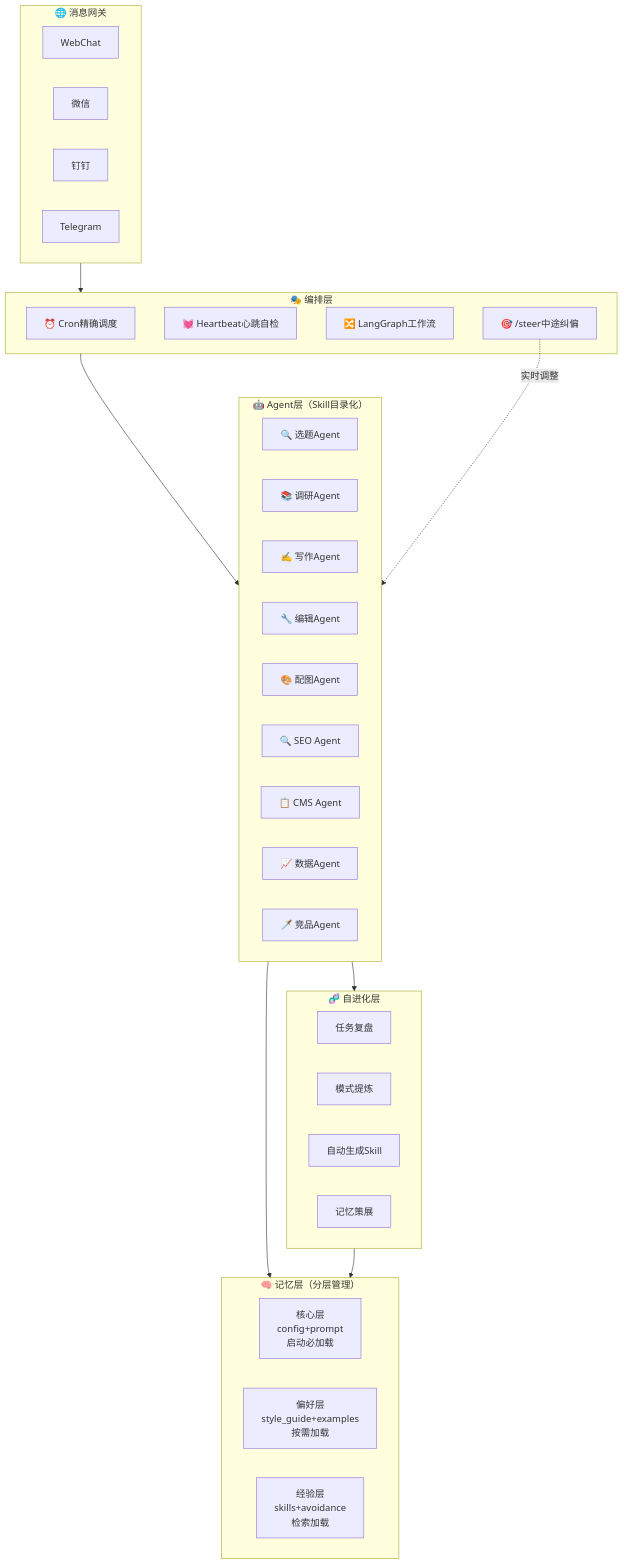
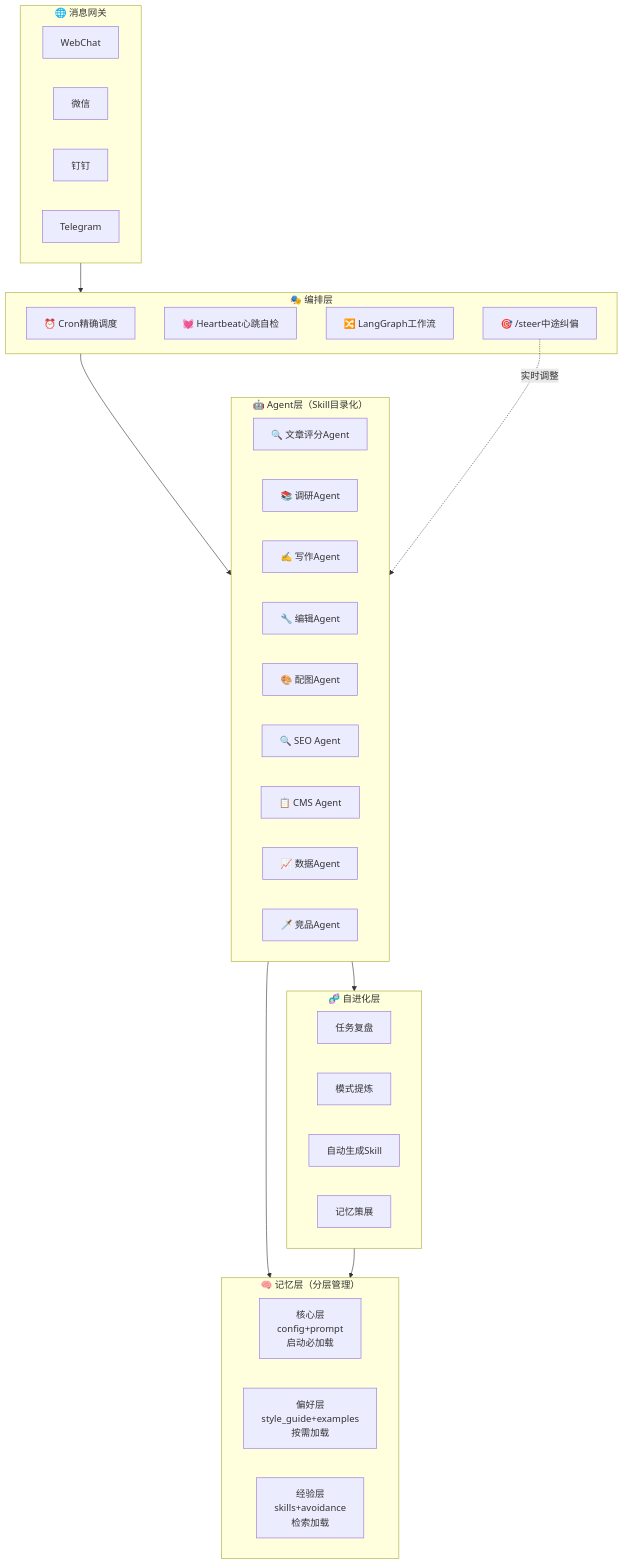
The eighth of 10 diagrams in 多Agent自动运营网站方案.md (flyingsnowzz/Multi-Agent-Automatic-Operation-Website), drawn with Mermaid before and after one commit. The commit also changed other lines of this file and 49 other files, not shown here.

````diff
--- a/多Agent自动运营网站方案.md
+++ b/多Agent自动运营网站方案.md
@@ -1488,48 +1488,48 @@
 ```mermaid
 flowchart TB
     subgraph GATEWAY["🌐 消息网关"]
         WEB["WebChat"]
         WECHAT["微信"]
         DINGTALK["钉钉"]
         TELEGRAM["Telegram"]
     end
 
     subgraph ORCHESTRATOR["🎭 编排层"]
         CRON["⏰ Cron精确调度"]
         HEARTBEAT["💓 Heartbeat心跳自检"]
         WORKFLOW["🔀 LangGraph工作流"]
         STEER["🎯 /steer中途纠偏"]
     end
 
     subgraph AGENTS["🤖 Agent层（Skill目录化）"]
-        A1["🔍 选题Agent"]
+        A1["🔍 文章评分Agent"]
         A2["📚 调研Agent"]
         A3["✍️ 写作Agent"]
         A4["🔧 编辑Agent"]
         A5["🎨 配图Agent"]
         A6["🔍 SEO Agent"]
         A7["📋 CMS Agent"]
         A8["📈 数据Agent"]
         A9["🗡️ 竞品Agent"]
     end
 
     subgraph MEMORY["🧠 记忆层（分层管理）"]
         CORE["核心层<br/>config+prompt<br/>启动必加载"]
         PREF["偏好层<br/>style_guide+examples<br/>按需加载"]
         EXP["经验层<br/>skills+avoidance<br/>检索加载"]
     end
 
     subgraph EVOLUTION["🧬 自进化层"]
         REVIEW["任务复盘"]
         EXTRACT["模式提炼"]
         SKILL_GEN["自动生成Skill"]
         CURATOR["记忆策展"]
     end
 
     GATEWAY --> ORCHESTRATOR
     ORCHESTRATOR --> AGENTS
     AGENTS --> MEMORY
     AGENTS --> EVOLUTION
     EVOLUTION --> MEMORY
     STEER -.->|实时调整| AGENTS
 ```
````
